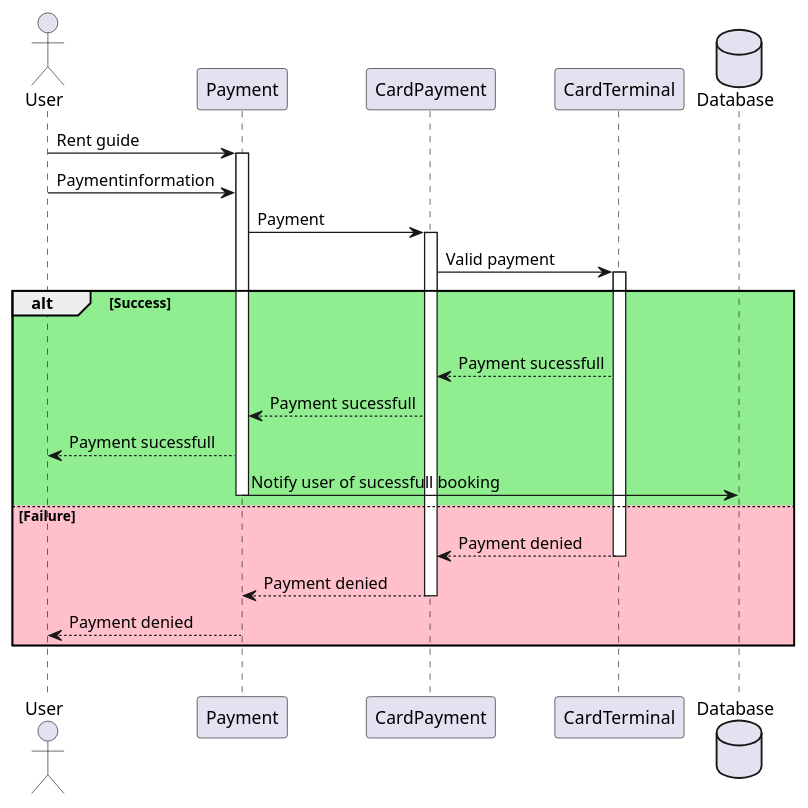
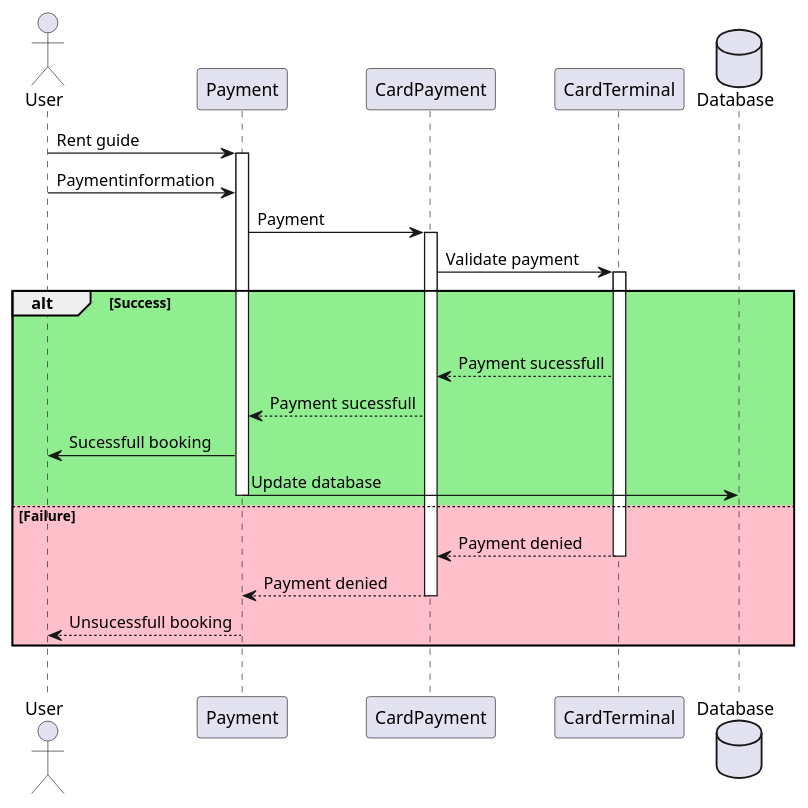
One commit to olindkri/SE-G3 changed the diagram in documentation/diagrams/rent-guide.puml. Above: the diagram before and after it, drawn with PlantUML. The commit also changed 3 other files, not shown here.

```diff
--- a/documentation/diagrams/rent-guide.puml
+++ b/documentation/diagrams/rent-guide.puml
@@ -1,33 +1,33 @@
 @startuml sekvens
 actor User
 User -> Payment: Rent guide
 
 activate Payment
 User -> Payment: Paymentinformation
 Payment -> CardPayment: Payment
 
 activate CardPayment
-CardPayment -> CardTerminal: Valid payment
+CardPayment -> CardTerminal: Validate payment
 
 alt #LightGreen Success
     activate CardTerminal
     |||
     CardTerminal --> CardPayment: Payment sucessfull
     CardPayment --> Payment: Payment sucessfull
-    Payment --> User: Payment sucessfull
 
     database Database
-    Payment -> Database: Notify user of sucessfull booking
+    Payment -> User: Sucessfull booking
+    Payment -> Database: Update database
     deactivate Payment
 
 else #Pink Failure
     CardTerminal --> CardPayment: Payment denied
     deactivate CardTerminal
 
     CardPayment --> Payment: Payment denied
     deactivate CardPayment
 
-    Payment --> User: Payment denied
+    Payment --> User: Unsucessfull booking
 end
 |||
 @endumll
```
